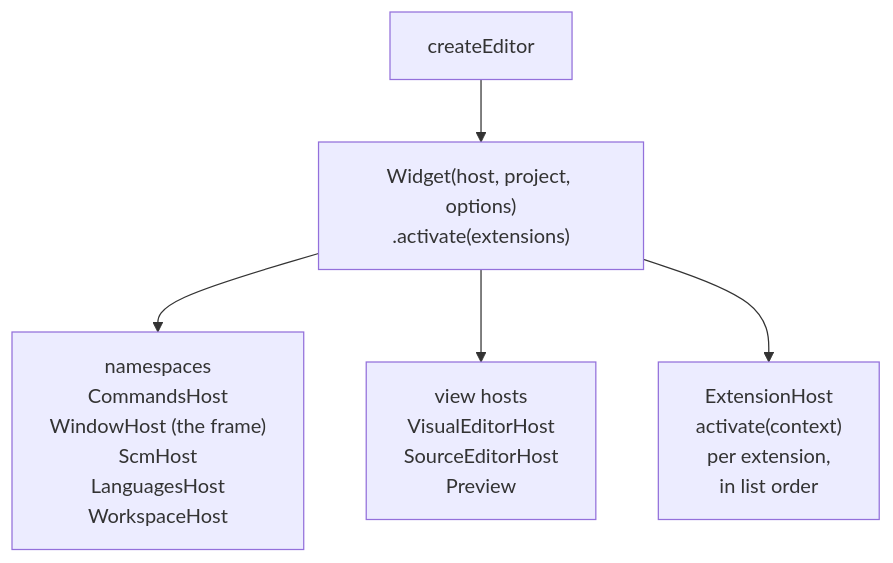
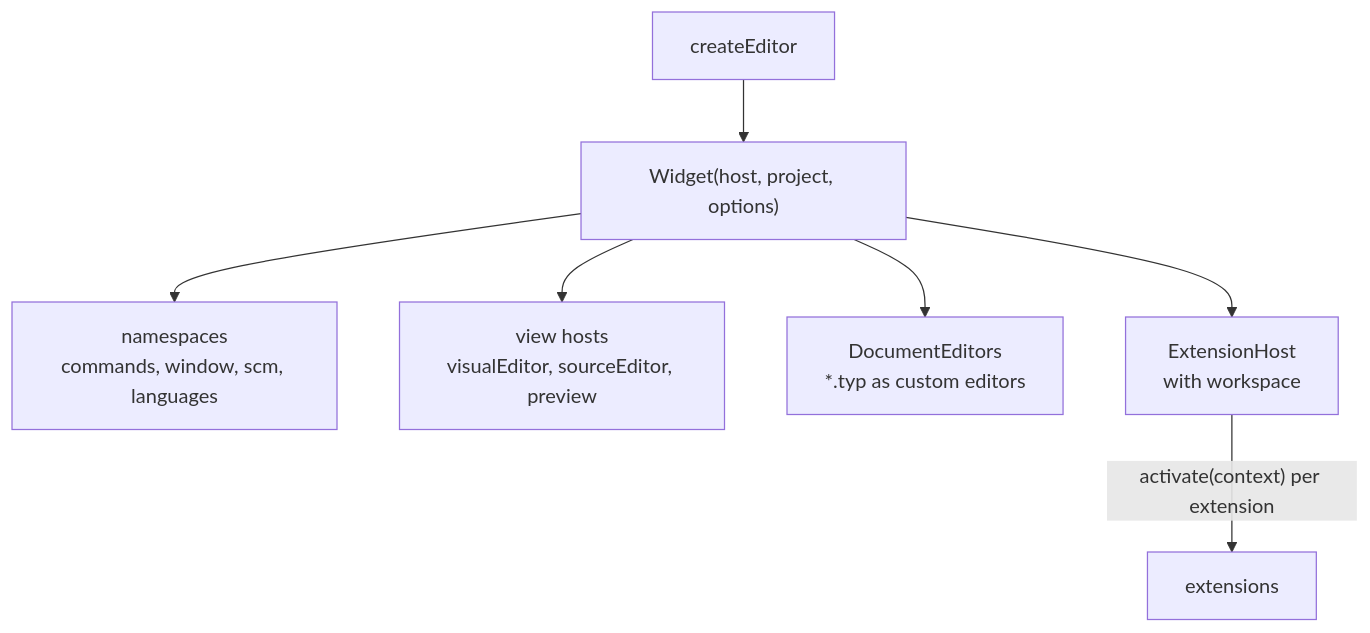
Before and after one commit to sandstorm/zwiebelfisch: the diagram in docs/diagrams/widget-composition.mmd, drawn with Mermaid. The commit also changed 42 other files, not shown here.

```diff
--- a/docs/diagrams/widget-composition.mmd
+++ b/docs/diagrams/widget-composition.mmd
@@ -1,17 +1,11 @@
 flowchart TD
-  create["createEditor"] --> host["`Widget(host, project, options)
-  .activate(extensions)`"]
-  host --> namespaces["`namespaces
-  CommandsHost
-  WindowHost (the frame)
-  ScmHost
-  LanguagesHost
-  WorkspaceHost`"]
-  host --> views["`view hosts
-  VisualEditorHost
-  SourceEditorHost
-  Preview`"]
-  host --> extensions["`ExtensionHost
-  activate(context)
-  per extension,
-  in list order`"]
+  create["createEditor"] --> widget["Widget(host, project, options)"]
+  widget --> ns["`namespaces
+  commands, window, scm, languages`"]
+  widget --> views["`view hosts
+  visualEditor, sourceEditor, preview`"]
+  widget --> de["`DocumentEditors
+  *.typ as custom editors`"]
+  widget --> eh["`ExtensionHost
+  with workspace`"]
+  eh -- "activate(context) per extension" --> ext["extensions"]
```
